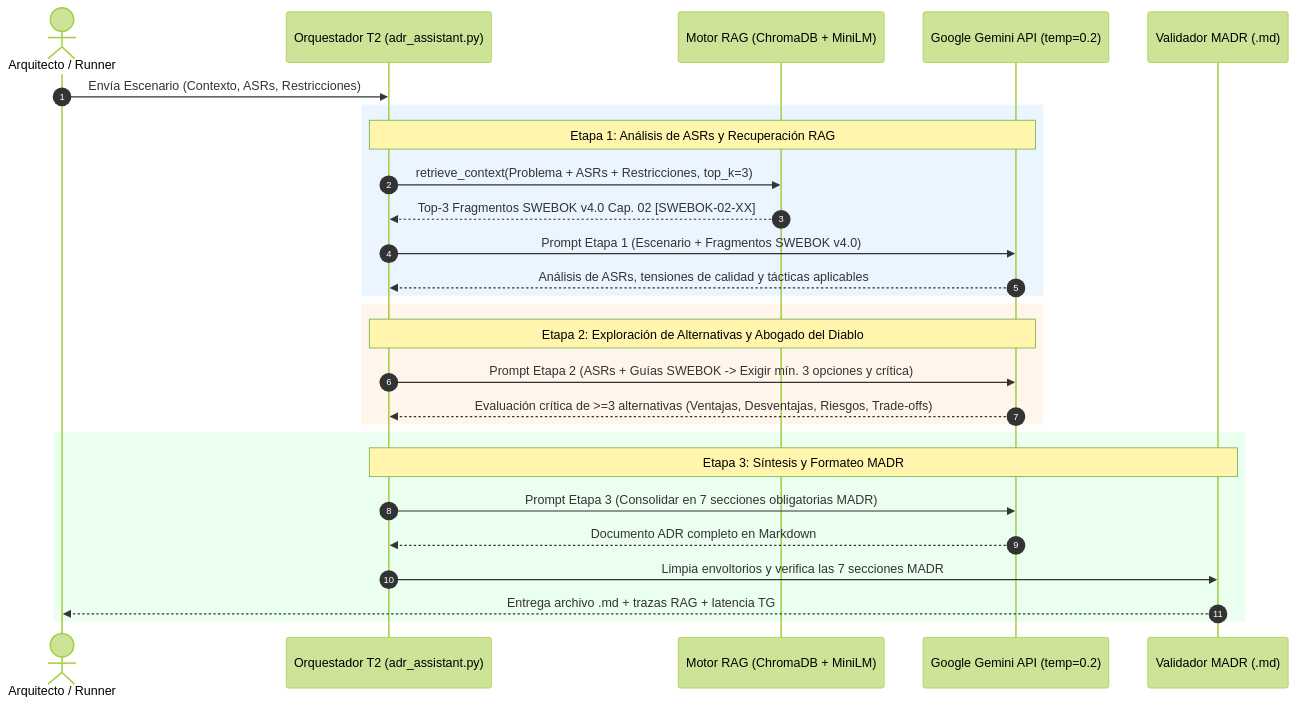
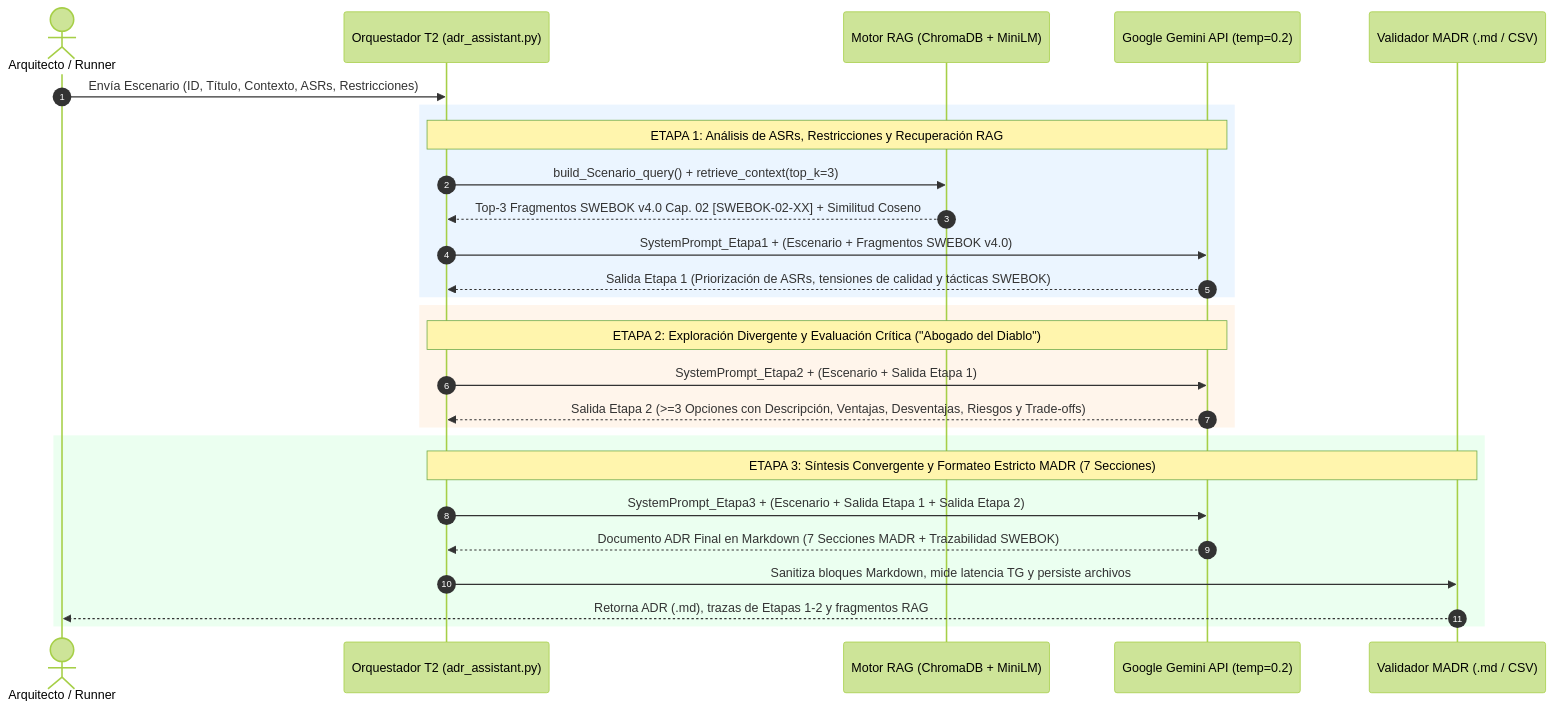
Before and after one commit to MauCausa/Asistente-de-Decisiones-Arquitect-nicas-ADR---TAIS: the second of 2 diagrams in documento/Aporte_Integrantes_3_y_4_Hito2.md, drawn with Mermaid (forest theme). The commit also changed other lines of this file and 4 other files, not shown here.

Commit message:
docs(hito2): expandir secciones 6, 7 y 8 con formulaciones matematicas, arquitectura detallada y pruebas Wilcoxon/t-Student

````diff
--- a/documento/Aporte_Integrantes_3_y_4_Hito2.md
+++ b/documento/Aporte_Integrantes_3_y_4_Hito2.md
@@ -98,30 +154,30 @@
 ```mermaid
 sequenceDiagram
     autonumber
     actor Arq as Arquitecto / Runner
     participant Orq as Orquestador T2 (adr_assistant.py)
     participant RAG as Motor RAG (ChromaDB + MiniLM)
     participant LLM as Google Gemini API (temp=0.2)
-    participant Out as Validador MADR (.md)
+    participant Out as Validador MADR (.md / CSV)
 
-    Arq->>Orq: Envía Escenario (Contexto, ASRs, Restricciones)
+    Arq->>Orq: Envía Escenario (ID, Título, Contexto, ASRs, Restricciones)
     rect rgb(235, 245, 255)
-        Note over Orq,LLM: Etapa 1: Análisis de ASRs y Recuperación RAG
-        Orq->>RAG: retrieve_context(Problema + ASRs + Restricciones, top_k=3)
-        RAG-->>Orq: Top-3 Fragmentos SWEBOK v4.0 Cap. 02 [SWEBOK-02-XX]
-        Orq->>LLM: Prompt Etapa 1 (Escenario + Fragmentos SWEBOK v4.0)
-        LLM-->>Orq: Análisis de ASRs, tensiones de calidad y tácticas aplicables
+        Note over Orq,LLM: ETAPA 1: Análisis de ASRs, Restricciones y Recuperación RAG
+        Orq->>RAG: build_Scenario_query() + retrieve_context(top_k=3)
+        RAG-->>Orq: Top-3 Fragmentos SWEBOK v4.0 Cap. 02 [SWEBOK-02-XX] + Similitud Coseno
+        Orq->>LLM: SystemPrompt_Etapa1 + (Escenario + Fragmentos SWEBOK v4.0)
+        LLM-->>Orq: Salida Etapa 1 (Priorización de ASRs, tensiones de calidad y tácticas SWEBOK)
     end
     rect rgb(255, 245, 235)
-        Note over Orq,LLM: Etapa 2: Exploración de Alternativas y Abogado del Diablo
-        Orq->>LLM: Prompt Etapa 2 (ASRs + Guías SWEBOK -> Exigir mín. 3 opciones y crítica)
-        LLM-->>Orq: Evaluación crítica de >=3 alternativas (Ventajas, Desventajas, Riesgos, Trade-offs)
+        Note over Orq,LLM: ETAPA 2: Exploración Divergente y Evaluación Crítica ("Abogado del Diablo")
+        Orq->>LLM: SystemPrompt_Etapa2 + (Escenario + Salida Etapa 1)
+        LLM-->>Orq: Salida Etapa 2 (>=3 Opciones con Descripción, Ventajas, Desventajas, Riesgos y Trade-offs)
     end
     rect rgb(235, 255, 240)
-        Note over Orq,Out: Etapa 3: Síntesis y Formateo MADR
-        Orq->>LLM: Prompt Etapa 3 (Consolidar en 7 secciones obligatorias MADR)
-        LLM-->>Orq: Documento ADR completo en Markdown
-        Orq->>Out: Limpia envoltorios y verifica las 7 secciones MADR
-        Out-->>Arq: Entrega archivo .md + trazas RAG + latencia TG
+        Note over Orq,Out: ETAPA 3: Síntesis Convergente y Formateo Estricto MADR (7 Secciones)
+        Orq->>LLM: SystemPrompt_Etapa3 + (Escenario + Salida Etapa 1 + Salida Etapa 2)
+        LLM-->>Orq: Documento ADR Final en Markdown (7 Secciones MADR + Trazabilidad SWEBOK)
+        Orq->>Out: Sanitiza bloques Markdown, mide latencia TG y persiste archivos
+        Out-->>Arq: Retorna ADR (.md), trazas de Etapas 1-2 y fragmentos RAG
     end
 ```
````
